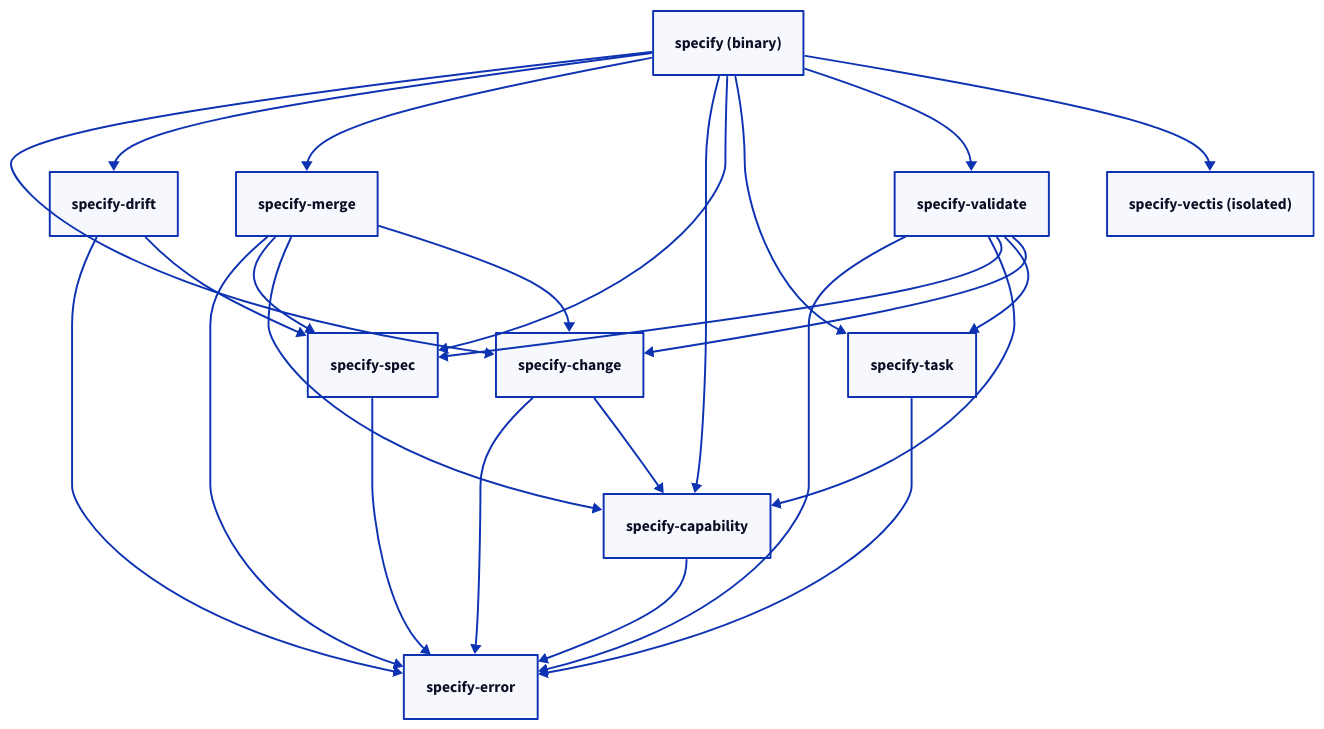
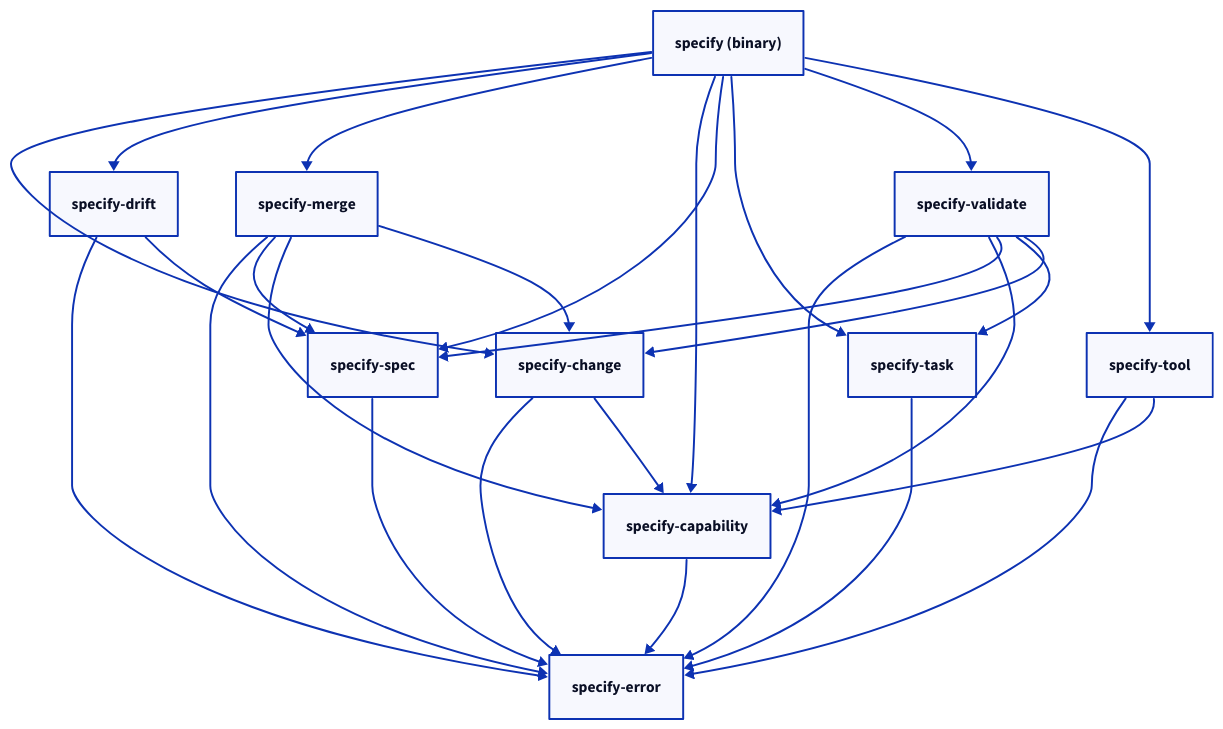
The diagram in docs/contributing/cli-architecture.md (augentic/anvil), drawn with D2 before and after one commit. The commit also changed other lines of this file and 39 other files, not shown here.

````diff
--- a/docs/contributing/cli-architecture.md
+++ b/docs/contributing/cli-architecture.md
@@ -24,42 +24,44 @@
 ```d2
 direction: down
 
 specify: "specify (binary)" {
   shape: rectangle
 }
 change: specify-change
 drift: specify-drift
 error: specify-error
 merge: specify-merge
 capability: specify-capability
 spec: specify-spec
 task: specify-task
 validate: specify-validate
-vectis: "specify-vectis (isolated)"
+tool: specify-tool
 
 specify -> change
 specify -> drift
 specify -> merge
 specify -> capability
 specify -> spec
 specify -> task
 specify -> validate
-specify -> vectis
+specify -> tool
 
 change -> error
 change -> capability
 drift -> error
 drift -> spec
 merge -> error
 merge -> spec
 merge -> capability
 merge -> change
 validate -> error
 validate -> capability
 validate -> spec
 validate -> task
 validate -> change
+tool -> error
+tool -> capability
 spec -> error
 task -> error
 capability -> error
 ```
````
